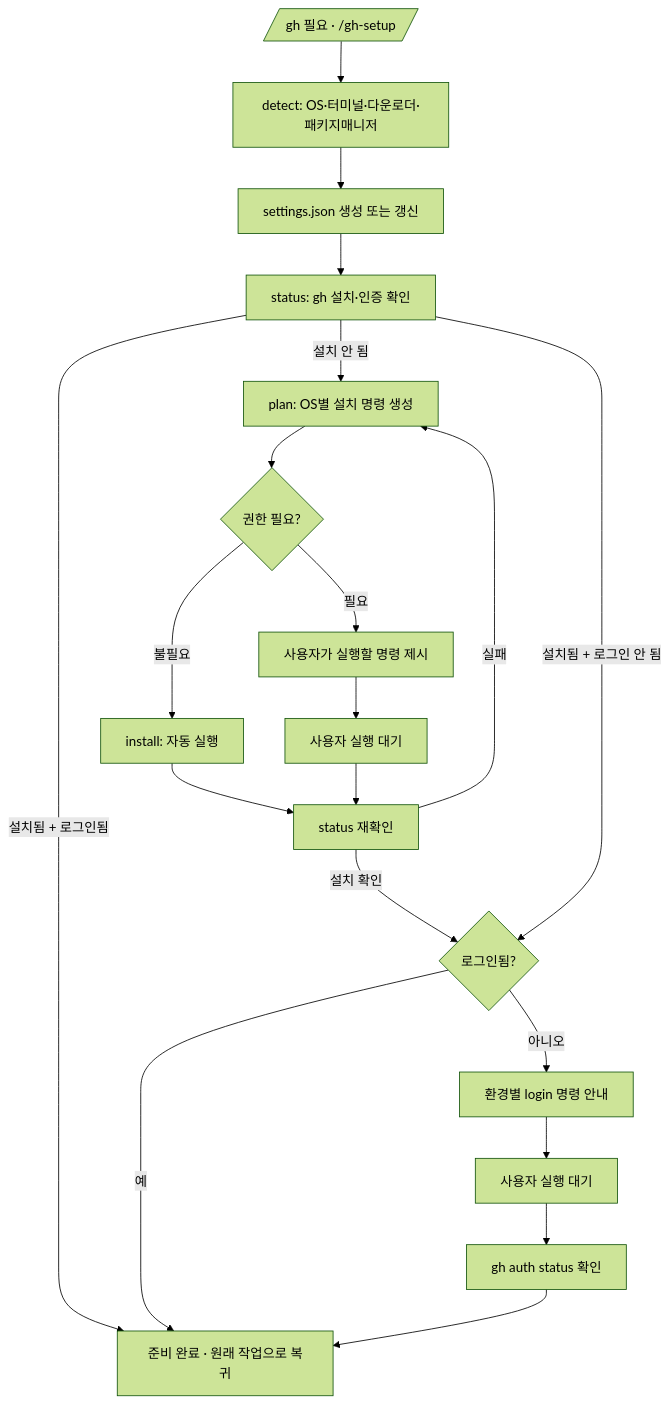
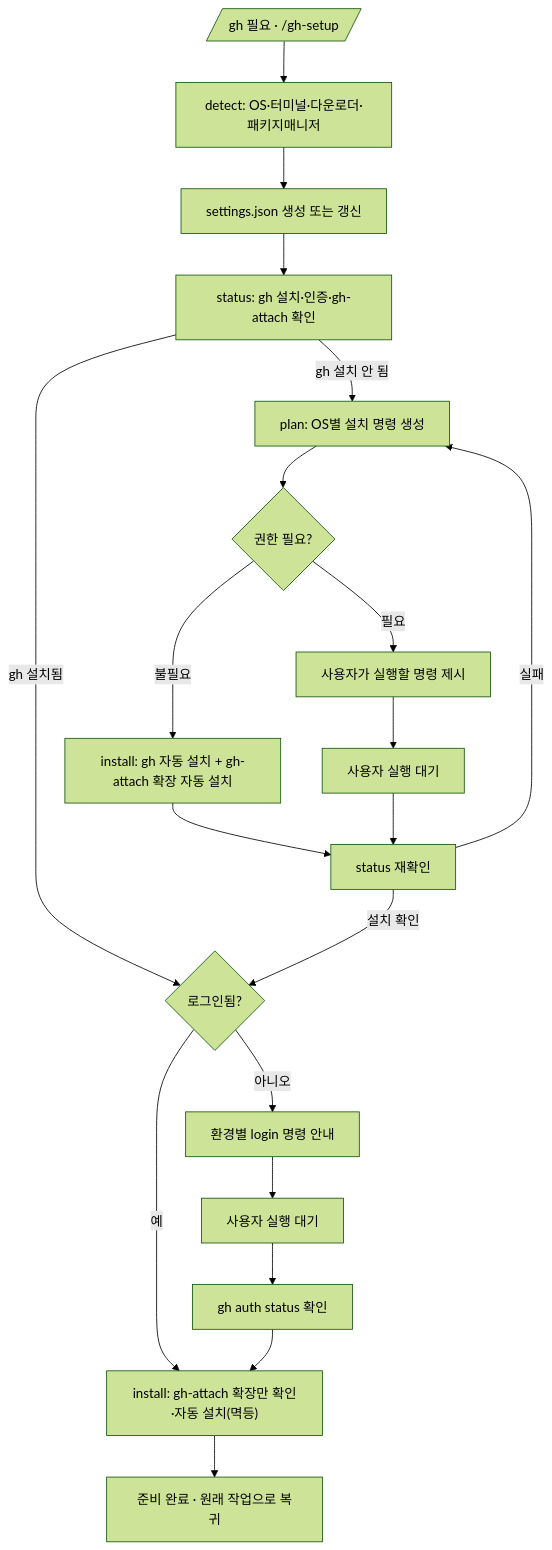
The diagram in .claude/skills/gh-setup/SKILL.md (Mineru98/skills-store), drawn with Mermaid (forest theme) before and after one commit. The commit also changed other lines of this file and 26 other files, not shown here.

````diff
--- a/.claude/skills/gh-setup/SKILL.md
+++ b/.claude/skills/gh-setup/SKILL.md
@@ -43,24 +43,24 @@
 ```mermaid
 flowchart TD
     A[/"gh 필요 · /gh-setup"/] --> B[detect: OS·터미널·다운로더·패키지매니저]
     B --> C[settings.json 생성 또는 갱신]
-    C --> D[status: gh 설치·인증 확인]
+    C --> D[status: gh 설치·인증·gh-attach 확인]
 
-    D -->|설치됨 + 로그인됨| Z[준비 완료 · 원래 작업으로 복귀]
-    D -->|설치 안 됨| E[plan: OS별 설치 명령 생성]
+    D -->|gh 설치 안 됨| E[plan: OS별 설치 명령 생성]
+    D -->|gh 설치됨| J{로그인됨?}
 
     E --> F{권한 필요?}
-    F -- 불필요 --> G[install: 자동 실행]
+    F -- 불필요 --> G["install: gh 자동 설치 + gh-attach 확장 자동 설치"]
     F -- 필요 --> H[사용자가 실행할 명령 제시]
     H --> H1[사용자 실행 대기]
 
     G --> I[status 재확인]
     H1 --> I
     I -->|실패| E
+    I -->|설치 확인| J
 
-    I -->|설치 확인| J{로그인됨?}
-    D -->|설치됨 + 로그인 안 됨| J
-    J -- 예 --> Z
+    J -- 예 --> G2["install: gh-attach 확장만 확인·자동 설치(멱등)"]
     J -- 아니오 --> K[환경별 login 명령 안내]
-    K --> K1[사용자 실행 대기] --> L[gh auth status 확인] --> Z
+    K --> K1[사용자 실행 대기] --> L[gh auth status 확인] --> G2
+    G2 --> Z[준비 완료 · 원래 작업으로 복귀]
 ```
````
